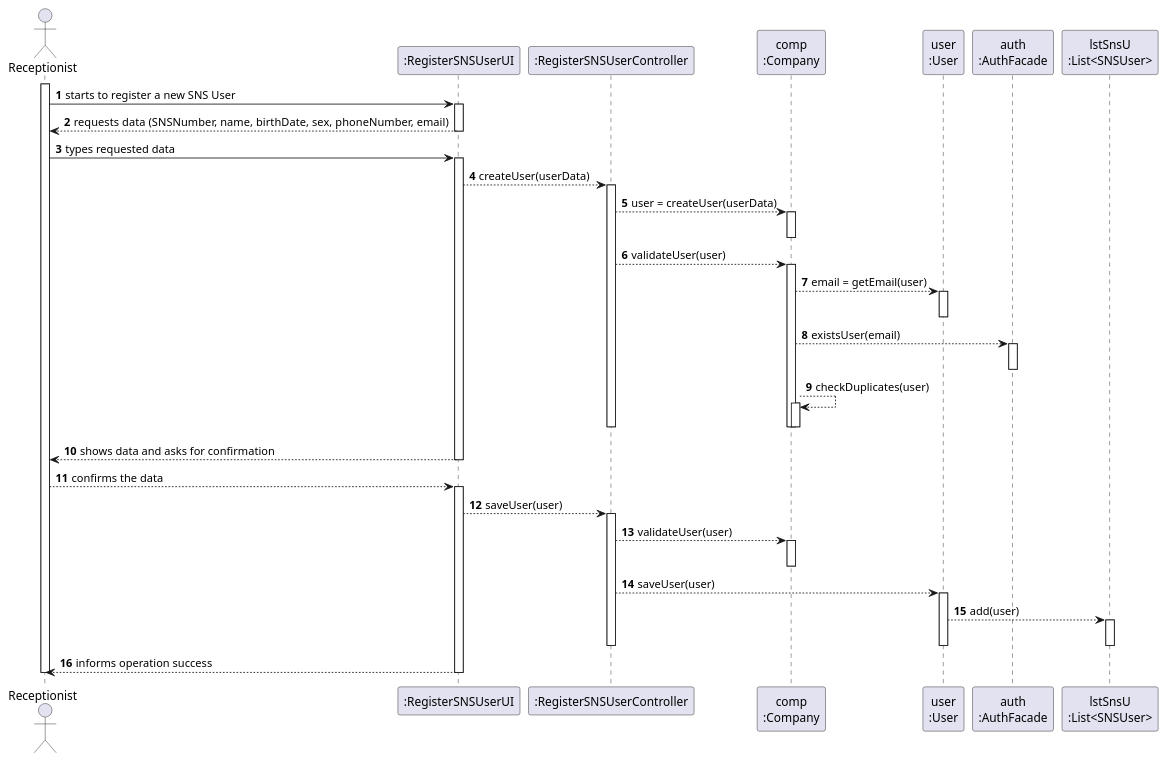
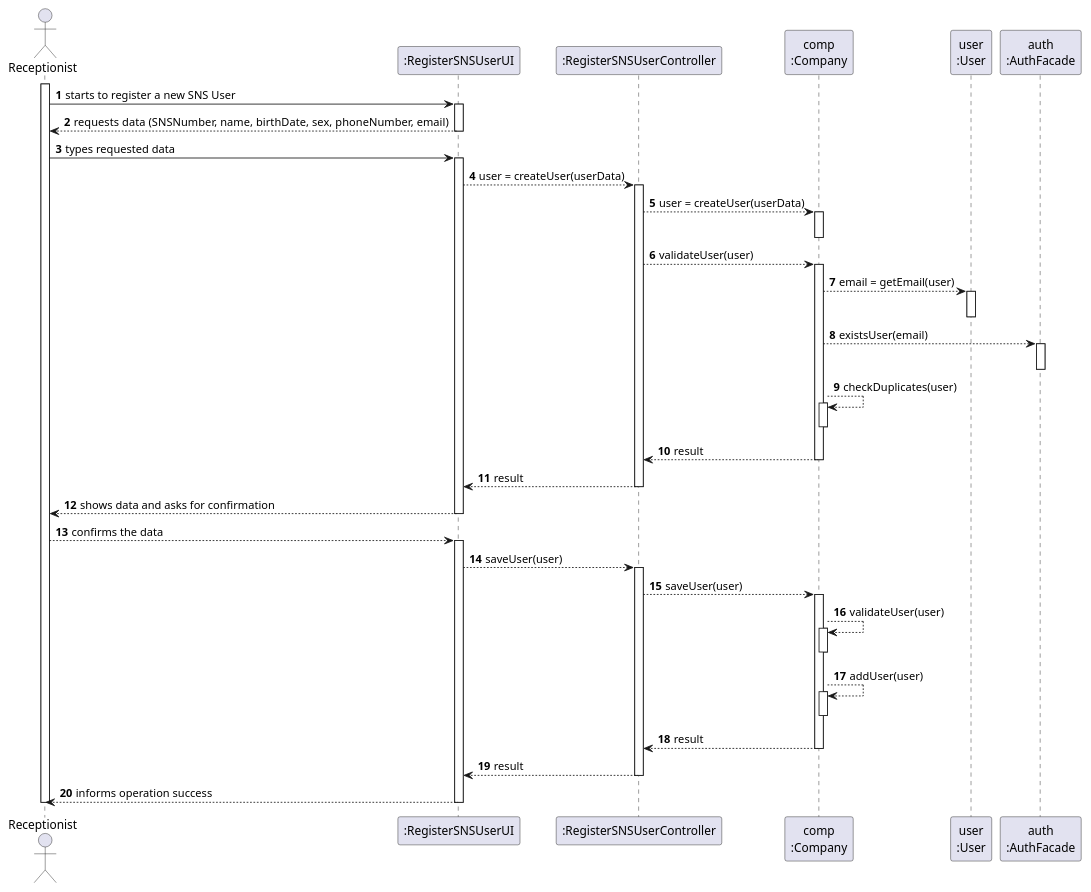
One commit to miseEnPlace-i/lapr2 changed the diagram in docs/SprintB/US03/SD/US03_SD.puml. Above: the diagram before and after it, drawn with PlantUML. The commit also changed 6 other files, not shown here.

Commit message:
docs(US03): updates to the diagrams & documentation regarding about what was talked about in the meeting

```diff
--- a/docs/SprintB/US03/SD/US03_SD.puml
+++ b/docs/SprintB/US03/SD/US03_SD.puml
@@ -1,78 +1,85 @@
 @startuml Sequence Diagram
 autonumber
 'hide footbox
 actor "Receptionist" as RECEPT
 
 participant ":RegisterSNSUserUI" as UI
 participant ":RegisterSNSUserController" as CTRL
-' participant "app\n:ApplicationPOT" as APP
-' participant ":Platform" as PLAT
 participant "comp\n:Company" as COMP
 participant "user\n:User" as USER
 participant "auth\n:AuthFacade" as AUTH
-participant "lstSnsU\n:List<SNSUser>" as LIST
+' participant "lstSnsU\n:List<SNSUser>" as LIST
 
 activate RECEPT
 RECEPT -> UI : starts to register a new SNS User
 activate UI
 UI --> RECEPT : requests data (SNSNumber, name, birthDate, sex, phoneNumber, email)
 deactivate UI
 
 RECEPT -> UI : types requested data
 activate UI
 
-UI --> CTRL : createUser(userData)
+UI --> CTRL : user = createUser(userData)
 activate CTRL
 
 CTRL --> COMP : user = createUser(userData)
 activate COMP
 deactivate COMP
 
 CTRL --> COMP : validateUser(user)
 activate COMP
 
 COMP --> USER : email = getEmail(user)
 activate USER
 deactivate USER
 
 COMP --> AUTH : existsUser(email)
 activate AUTH
 deactivate AUTH
 
 COMP --> COMP : checkDuplicates(user)
 activate COMP
 deactivate COMP
 
+CTRL <-- COMP : result
+
 deactivate COMP
+
+UI <-- CTRL : result
+
 deactivate CTRL
 
 UI --> RECEPT : shows data and asks for confirmation
 deactivate UI
 
 RECEPT --> UI : confirms the data
 activate UI
 
 UI --> CTRL : saveUser(user)
 activate CTRL
 
-CTRL --> COMP : validateUser(user)
+CTRL --> COMP : saveUser(user)
+activate COMP
+
+COMP --> COMP : validateUser(user)
 activate COMP
 deactivate COMP
 
-CTRL --> USER : saveUser(user)
-activate USER
+COMP --> COMP : addUser(user)
+activate COMP
+deactivate COMP
 
-USER --> LIST : add(user)
-activate LIST
-deactivate LIST
+CTRL <-- COMP : result
 
-deactivate USER
+deactivate COMP
+
+UI <-- CTRL : result
 
 deactivate CTRL
 
 UI --> RECEPT : informs operation success
 deactivate UI
 
 deactivate RECEPT
 
 @enduml
```
